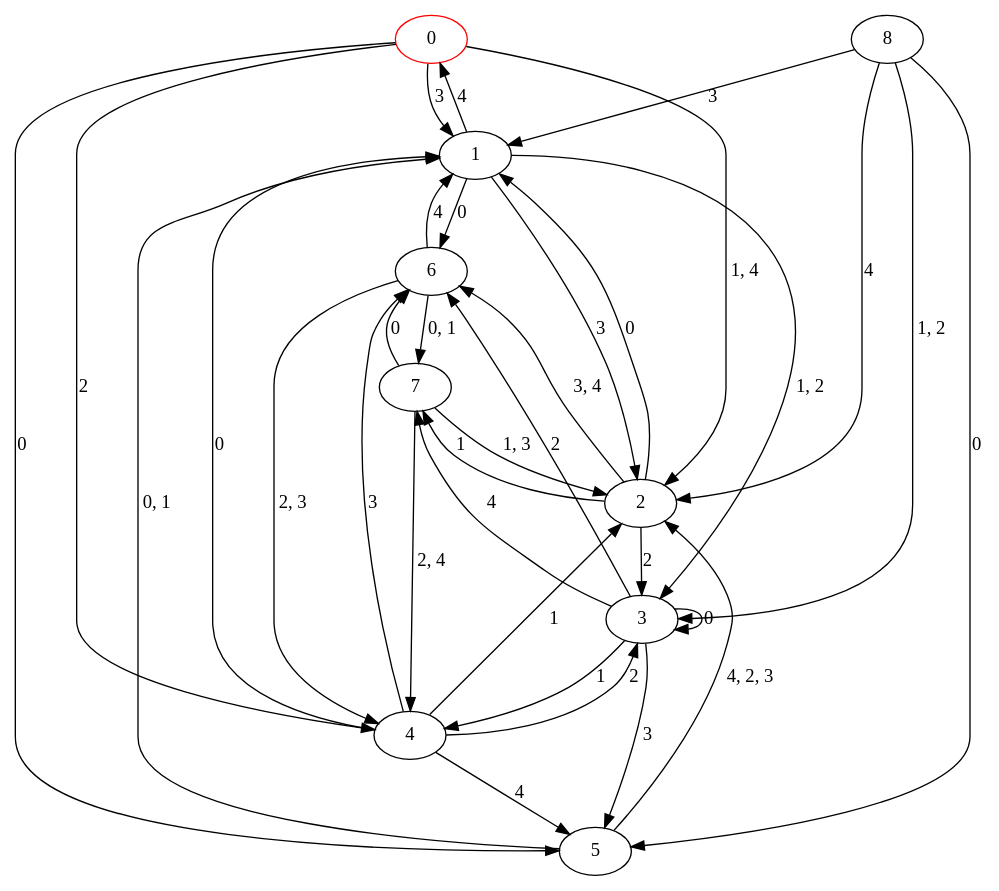
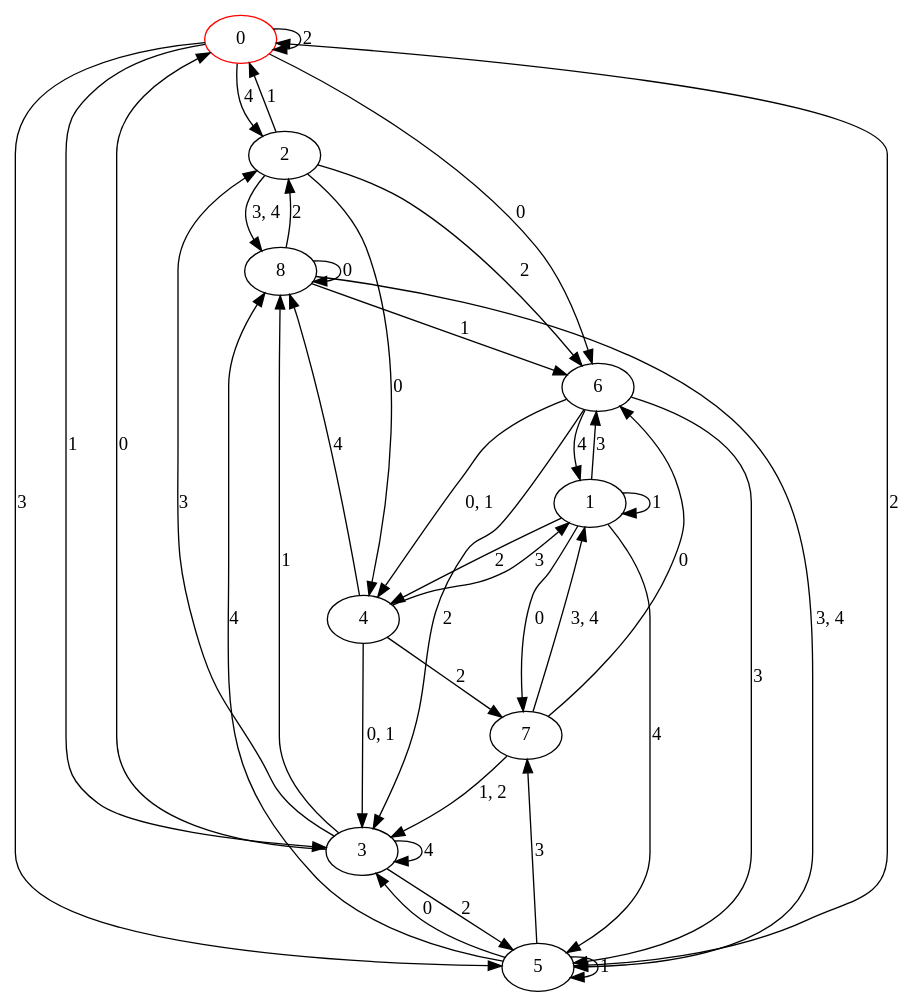
The diagram in automata/res/dfa_s9_r5/s9_r5.dot (Jakub-Ciecierski/AutomatonOptimization), drawn with Graphviz before and after one commit. The commit also changed 41 other files, not shown here.

```diff
--- a/automata/res/dfa_s9_r5/s9_r5.dot
+++ b/automata/res/dfa_s9_r5/s9_r5.dot
@@ -1,45 +1,50 @@
 digraph g {
 0 [label= "0"] [color="red"];
 1 [label= "1"];
 2 [label= "2"];
 3 [label= "3"];
 4 [label= "4"];
 5 [label= "5"];
 6 [label= "6"];
 7 [label= "7"];
 8 [label= "8"];
-0 -> 5[label= "0"];
-0 -> 4[label= "2"];
-0 -> 1[label= "3"];
-1 -> 6[label= "0"];
-1 -> 2[label= "3"];
-1 -> 0[label= "4"];
-2 -> 1[label= "0"];
-2 -> 7[label= "1"];
-2 -> 3[label= "2"];
-3 -> 3[label= "0"];
-3 -> 4[label= "1"];
-3 -> 6[label= "2"];
-3 -> 5[label= "3"];
-3 -> 7[label= "4"];
-4 -> 1[label= "0"];
-4 -> 2[label= "1"];
-4 -> 3[label= "2"];
-4 -> 6[label= "3"];
-4 -> 5[label= "4"];
+0 -> 6[label= "0"];
+0 -> 3[label= "1"];
+0 -> 0[label= "2"];
+0 -> 5[label= "3"];
+0 -> 2[label= "4"];
+1 -> 7[label= "0"];
+1 -> 1[label= "1"];
+1 -> 4[label= "2"];
+1 -> 6[label= "3"];
+1 -> 5[label= "4"];
+2 -> 4[label= "0"];
+2 -> 0[label= "1"];
+2 -> 6[label= "2"];
+3 -> 0[label= "0"];
+3 -> 8[label= "1"];
+3 -> 5[label= "2"];
+3 -> 2[label= "3"];
+3 -> 3[label= "4"];
+4 -> 7[label= "2"];
+4 -> 1[label= "3"];
+4 -> 8[label= "4"];
+5 -> 3[label= "0"];
+5 -> 5[label= "1"];
+5 -> 0[label= "2"];
+5 -> 7[label= "3"];
+5 -> 8[label= "4"];
+6 -> 3[label= "2"];
+6 -> 5[label= "3"];
 6 -> 1[label= "4"];
 7 -> 6[label= "0"];
-8 -> 5[label= "0"];
-8 -> 1[label= "3"];
-8 -> 2[label= "4"];
-0 -> 2[label= "1, 4"];
-1 -> 3[label= "1, 2"];
-2 -> 6[label= "3, 4"];
-5 -> 1[label= "0, 1"];
-5 -> 2[label= "4, 2, 3"];
-6 -> 7[label= "0, 1"];
-6 -> 4[label= "2, 3"];
-7 -> 2[label= "1, 3"];
-7 -> 4[label= "2, 4"];
-8 -> 3[label= "1, 2"];
+8 -> 8[label= "0"];
+8 -> 6[label= "1"];
+8 -> 2[label= "2"];
+2 -> 8[label= "3, 4"];
+4 -> 3[label= "0, 1"];
+6 -> 4[label= "0, 1"];
+7 -> 3[label= "1, 2"];
+7 -> 1[label= "3, 4"];
+8 -> 5[label= "3, 4"];
 }
```
